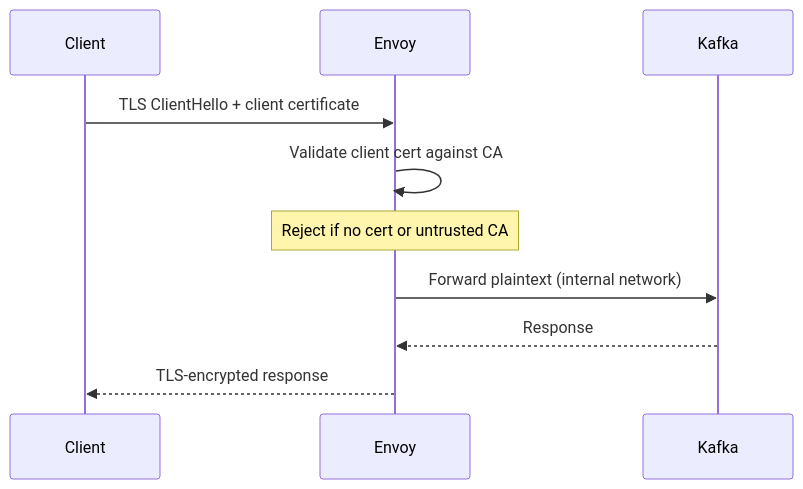
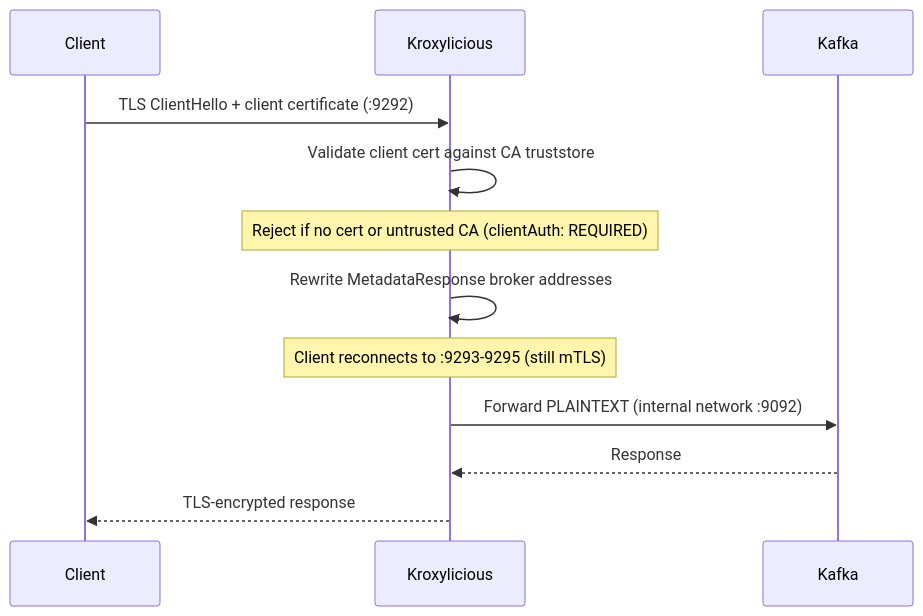
The fourth of 5 diagrams in README.md (rajasekar21/kafka-kraft-envoy-platform), drawn with Mermaid before and after one commit. The commit also changed other lines of this file, not shown here.

First line of the commit message:
docs: rewrite README with Kroxylicious architecture diagrams and bare-metal focus

````diff
--- a/README.md
+++ b/README.md
@@ -216,9 +216,11 @@
 ```mermaid
 sequenceDiagram
-    Client->>Envoy: TLS ClientHello + client certificate
-    Envoy->>Envoy: Validate client cert against CA
-    Note over Envoy: Reject if no cert or untrusted CA
-    Envoy->>Kafka: Forward plaintext (internal network)
-    Kafka-->>Envoy: Response
-    Envoy-->>Client: TLS-encrypted response
+    Client->>Kroxylicious: TLS ClientHello + client certificate (:9292)
+    Kroxylicious->>Kroxylicious: Validate client cert against CA truststore
+    Note over Kroxylicious: Reject if no cert or untrusted CA (clientAuth: REQUIRED)
+    Kroxylicious->>Kroxylicious: Rewrite MetadataResponse broker addresses
+    Note over Kroxylicious: Client reconnects to :9293-9295 (still mTLS)
+    Kroxylicious->>Kafka: Forward PLAINTEXT (internal network :9092)
+    Kafka-->>Kroxylicious: Response
+    Kroxylicious-->>Client: TLS-encrypted response
 ```
````
